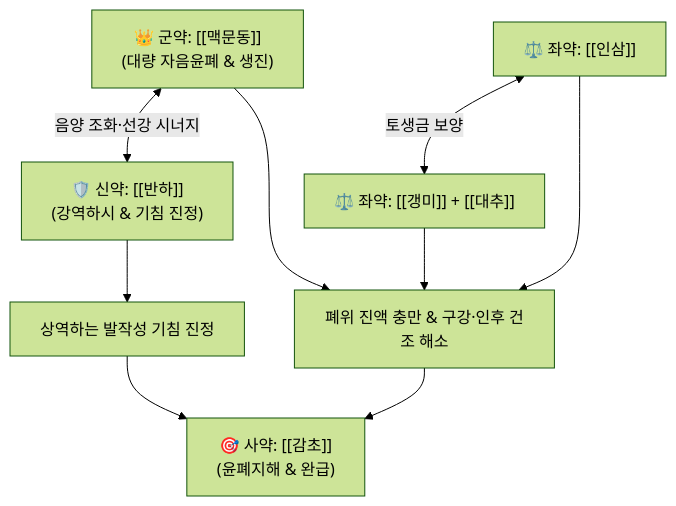
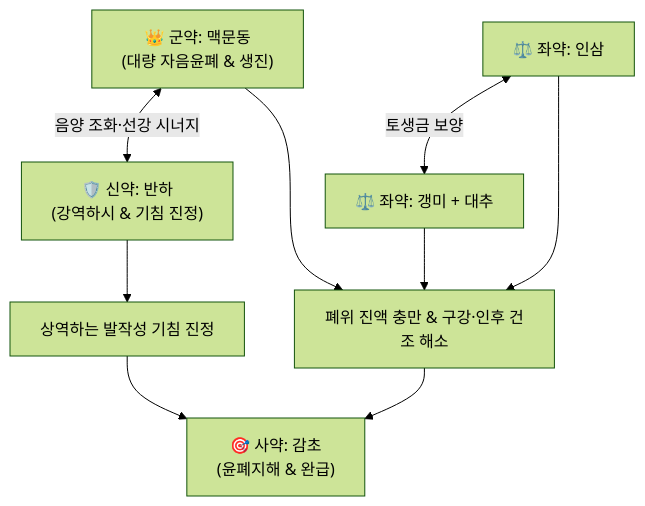
One commit to simbio11/simbio-digital-garden2 changed the diagram in content/2. 약리 공부/처방/03_화담·거습·이수제/맥문동탕.md. Above: the diagram before and after it, drawn with Mermaid (forest theme). The commit also changed other lines of this file and 323 other files, not shown here.

````diff
--- a/content/2. 약리 공부/처방/03_화담·거습·이수제/맥문동탕.md
+++ b/content/2. 약리 공부/처방/03_화담·거습·이수제/맥문동탕.md
@@ -46,8 +48,8 @@
 ```mermaid
 graph TD
-    MD["👑 군약: [[맥문동]]<br>(대량 자음윤폐 & 생진)"] <-->|음양 조화·선강 시너지| BH["🛡️ 신약: [[반하]]<br>(강역하시 & 기침 진정)"]
-    IS["⚖️ 좌약: [[인삼]]"] <-->|토생금 보양| GM["⚖️ 좌약: [[갱미]] + [[대추]]"]
+    MD["👑 군약: 맥문동<br>(대량 자음윤폐 & 생진)"] <-->|음양 조화·선강 시너지| BH["🛡️ 신약: 반하<br>(강역하시 & 기침 진정)"]
+    IS["⚖️ 좌약: 인삼"] <-->|토생금 보양| GM["⚖️ 좌약: 갱미 + 대추"]
     MD & IS & GM --> X["폐위 진액 충만 & 구강·인후 건조 해소"]
     BH --> Y["상역하는 발작성 기침 진정"]
-    X & Y --> GC["🎯 사약: [[감초]]<br>(윤폐지해 & 완급)"]
+    X & Y --> GC["🎯 사약: 감초<br>(윤폐지해 & 완급)"]
 ```
````
